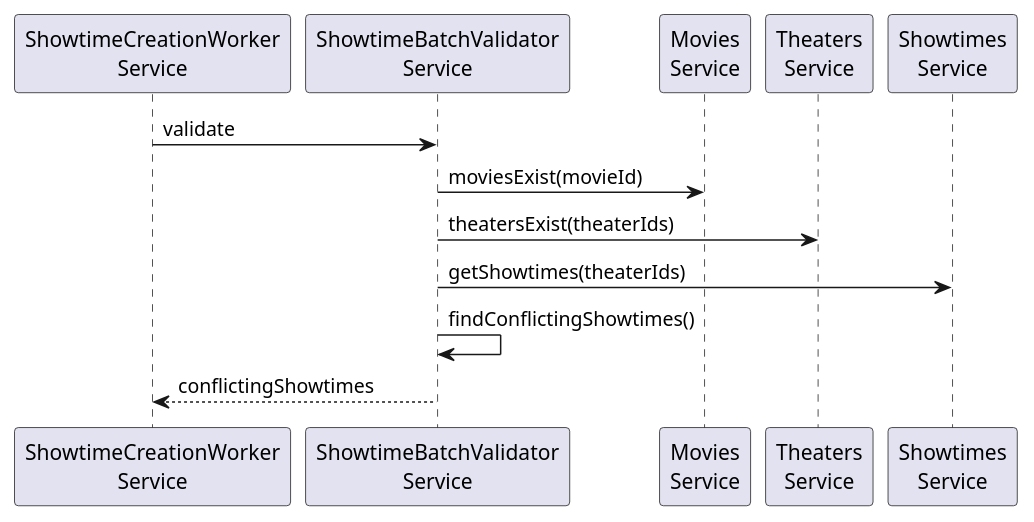
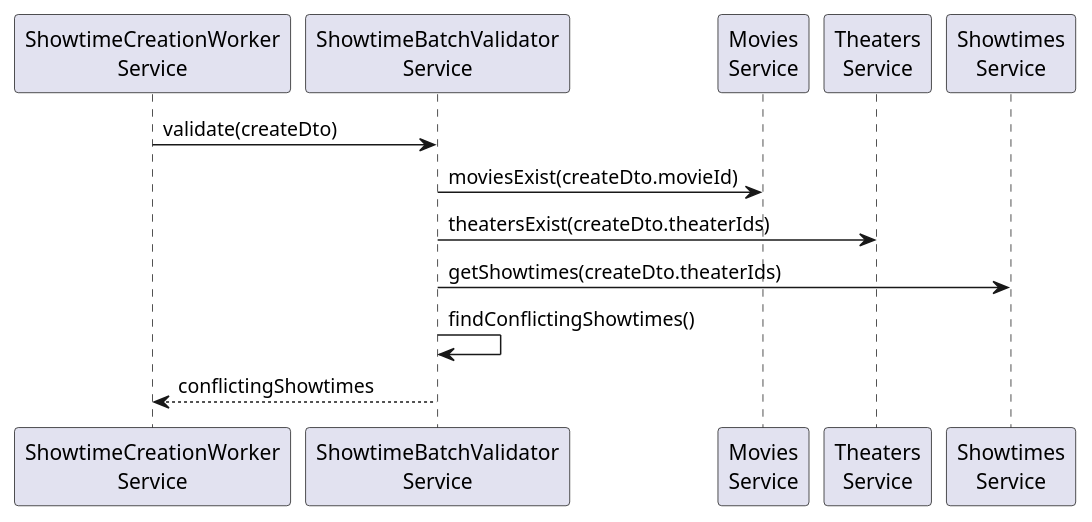
One commit to mannercode/mannercode.github.io changed diagram 11 of 12 in _posts/2025-06-01-backend-design-3.md. Above: the diagram before and after it, drawn with PlantUML. The commit also changed other lines of this file and 1 other file, not shown here.

Commit message:
Refactor sequence diagrams for Showtime creation process to improve clarity and structure

```diff
--- a/_posts/2025-06-01-backend-design-3.md
+++ b/_posts/2025-06-01-backend-design-3.md
@@ -485,16 +592,16 @@
 {% plantuml %}
 @startuml
 participant "ShowtimeCreationWorker\nService" as worker
 participant "ShowtimeBatchValidator\nService" as validator
 participant "Movies\nService" as movies
 participant "Theaters\nService" as theaters
 participant "Showtimes\nService" as showtimes
 
-worker -> validator: validate
-validator -> movies: moviesExist(movieId)
-validator -> theaters: theatersExist(theaterIds)
-validator -> showtimes: getShowtimes(theaterIds)
+worker -> validator: validate(createDto)
+validator -> movies: moviesExist(createDto.movieId)
+validator -> theaters: theatersExist(createDto.theaterIds)
+validator -> showtimes: getShowtimes(createDto.theaterIds)
 validator -> validator: findConflictingShowtimes()
 worker <-- validator: conflictingShowtimes
 @enduml
 {% endplantuml %}
```
